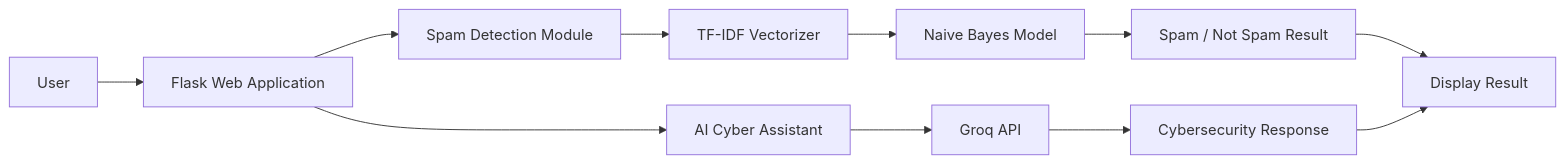
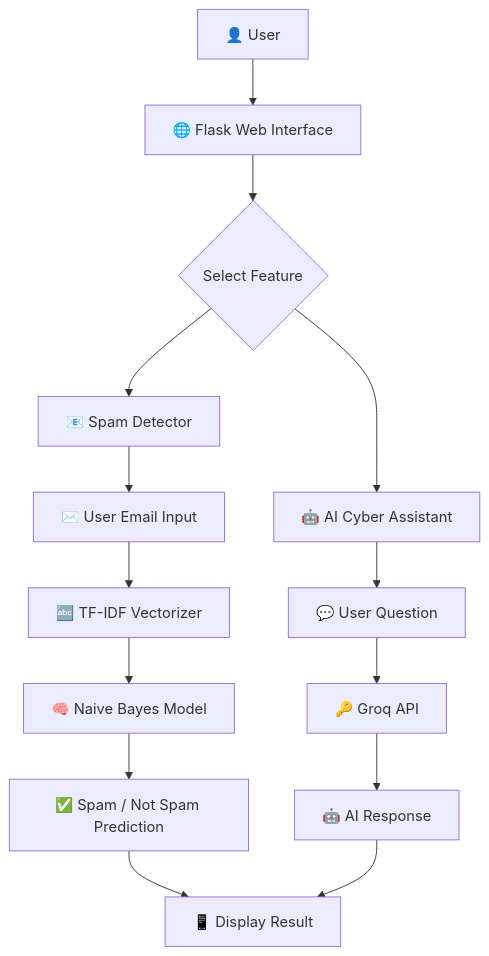
One commit to radhikatalekar/Spam_Shield_AI changed the diagram in README.md. Above: the diagram before and after it, drawn with Mermaid. The commit also changed other lines of this file, not shown here.

Commit message:
Update project architecture diagram

````diff
--- a/README.md
+++ b/README.md
@@ -64,15 +65,22 @@
 ```mermaid
-flowchart LR
-    A[User] --> B[Flask Web Application]
-    B --> C[Spam Detection Module]
-    C --> D[TF-IDF Vectorizer]
-    D --> E[Naive Bayes Model]
-    E --> F[Spam / Not Spam Result]
+flowchart TD
 
-    B --> G[AI Cyber Assistant]
-    G --> H[Groq API]
-    H --> I[Cybersecurity Response]
+A[👤 User] --> B[🌐 Flask Web Interface]
 
-    F --> J[Display Result]
-    I --> J
+B --> C{Select Feature}
+
+C --> D[📧 Spam Detector]
+C --> E[🤖 AI Cyber Assistant]
+
+D --> F[✉️ User Email Input]
+F --> G[🔤 TF-IDF Vectorizer]
+G --> H[🧠 Naive Bayes Model]
+H --> I[✅ Spam / Not Spam Prediction]
+
+E --> J[💬 User Question]
+J --> K[🔑 Groq API]
+K --> L[🤖 AI Response]
+
+I --> M[📱 Display Result]
+L --> M
 ```
````
